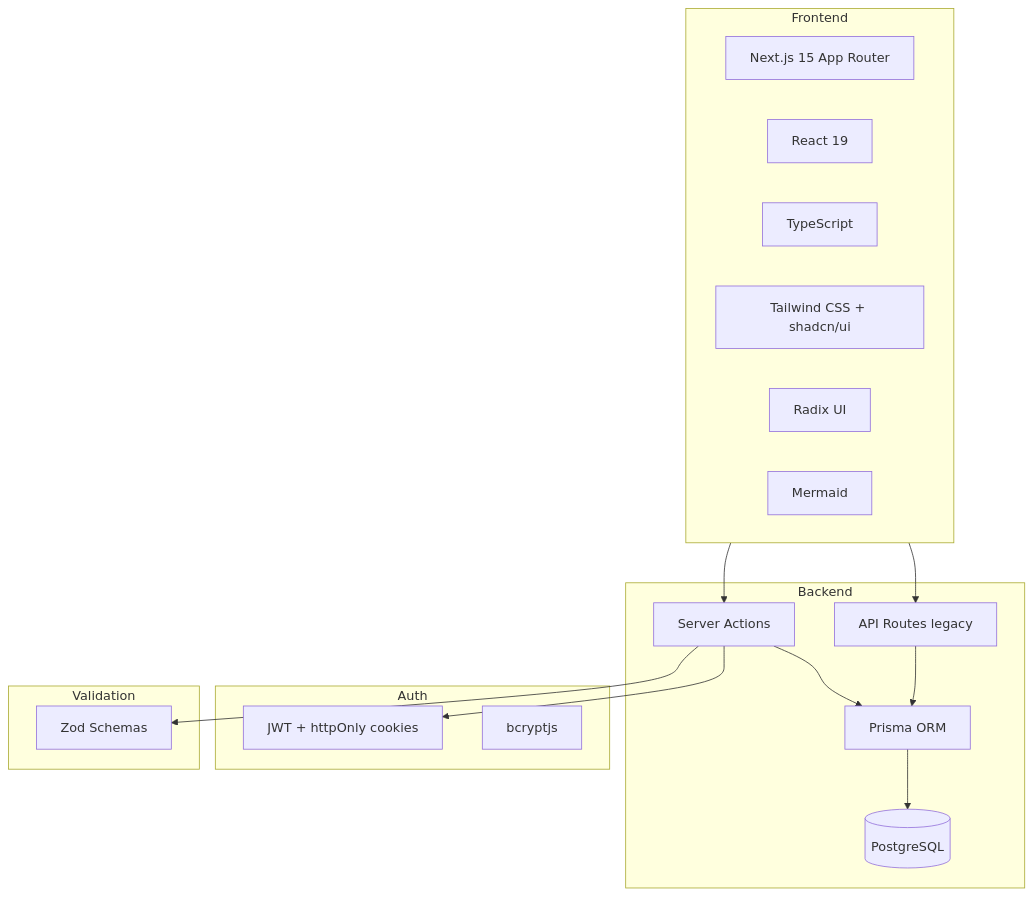
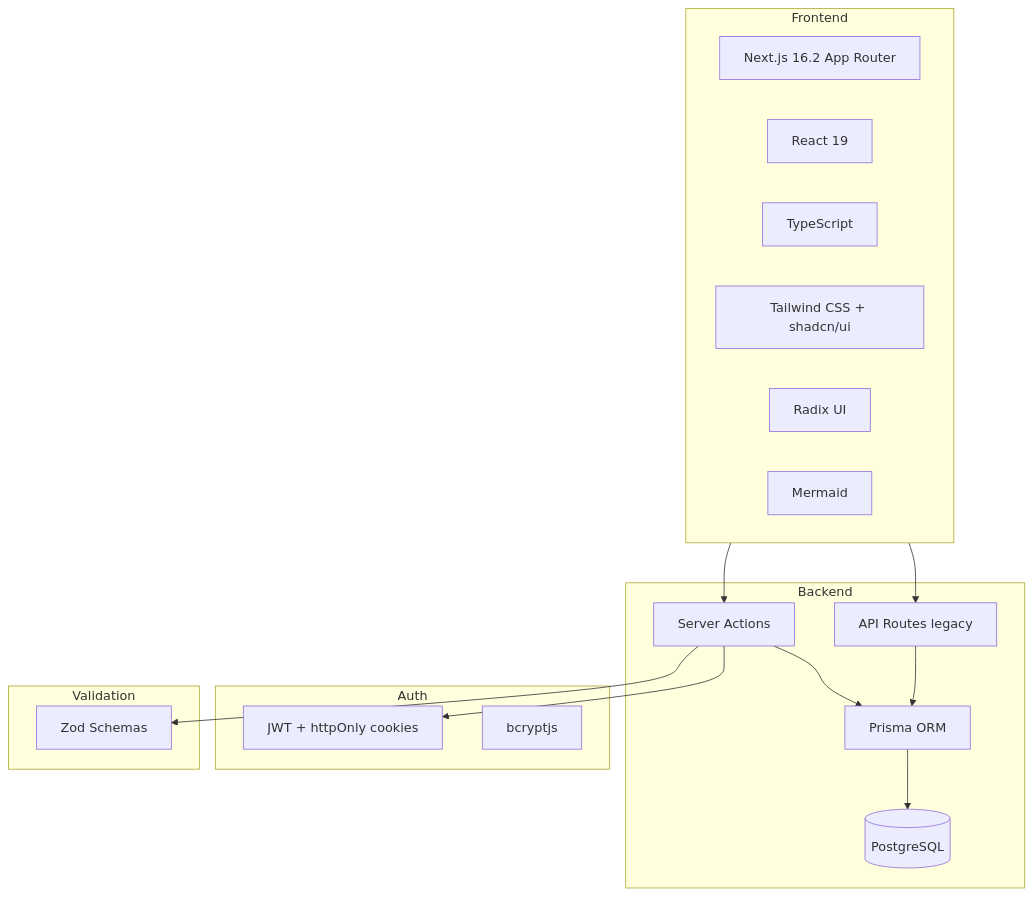
The first of 5 diagrams in docs/ARCHITECTURE.md (kr4t3rdev/Inventario), drawn with Mermaid before and after one commit. The commit also changed other lines of this file and 1 other file, not shown here.

Commit message:
docs: corrige versión Next.js 15 → 16.2 en index y ARCHITECTURE

````diff
--- a/docs/ARCHITECTURE.md
+++ b/docs/ARCHITECTURE.md
@@ -25,35 +25,35 @@
 ```mermaid
 graph TD
     subgraph Frontend
-        Next15[Next.js 15 App Router]
+        Next15[Next.js 16.2 App Router]
         React19[React 19]
         TS[TypeScript]
         TW[Tailwind CSS + shadcn/ui]
         Radix[Radix UI]
         Mermaid[Mermaid]
     end
 
     subgraph Backend
         SA[Server Actions]
         API[API Routes legacy]
         Prisma[Prisma ORM]
         PG[(PostgreSQL)]
     end
 
     subgraph Auth
         JWT[JWT + httpOnly cookies]
         Bcrypt[bcryptjs]
     end
 
     subgraph Validation
         Zod[Zod Schemas]
     end
 
     Frontend --> SA
     Frontend --> API
     SA --> Prisma
     API --> Prisma
     SA --> JWT
     SA --> Zod
     Prisma --> PG
 ```
````
